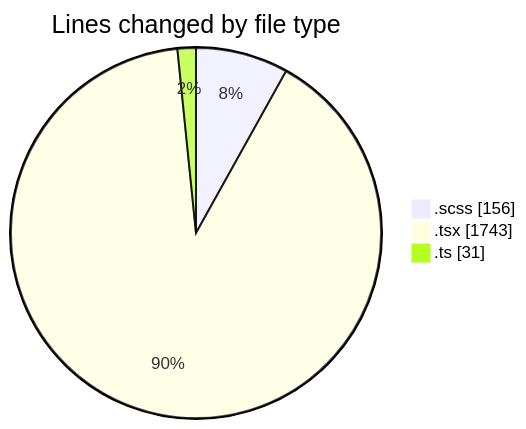
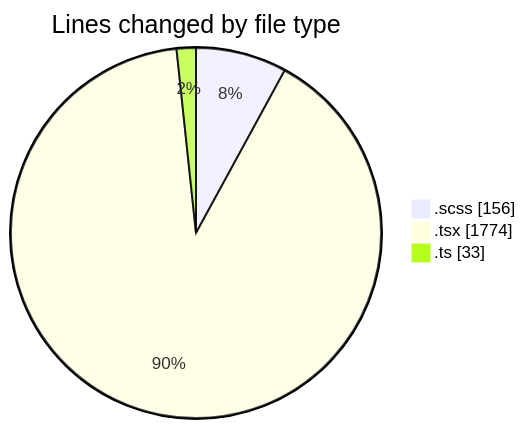
One commit to momahboobian/code-tracking changed the first of 2 diagrams in 2025-02-10/cda/README.md. Above: the diagram before and after it, drawn with Mermaid. The commit also changed other lines of this file and 1 other file, not shown here.

````diff
--- a/2025-02-10/cda/README.md
+++ b/2025-02-10/cda/README.md
@@ -25,7 +25,7 @@
 ```mermaid
 pie showData
 title Lines changed by file type
 ".scss" : 156
-".tsx" : 1743
-".ts" : 31
+".tsx" : 1774
+".ts" : 33
 ```
````
